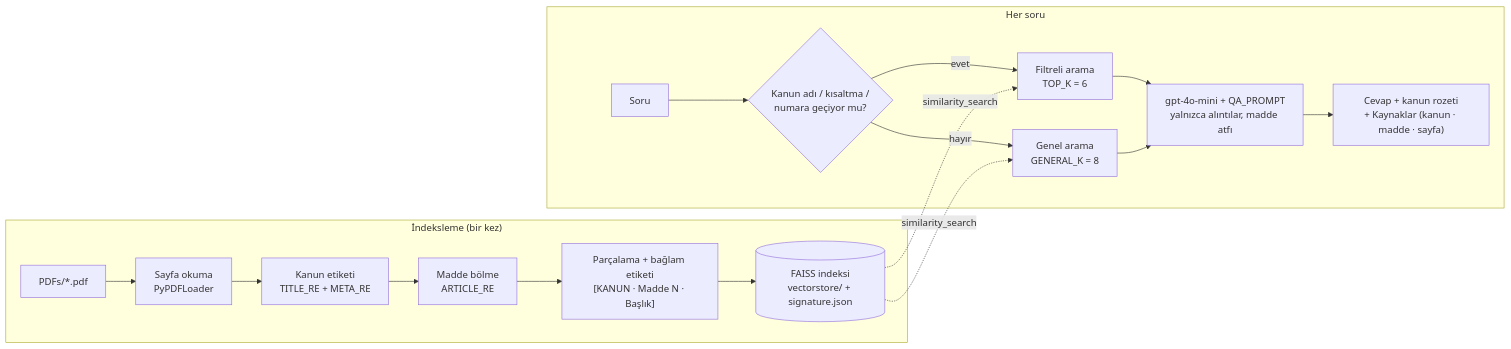
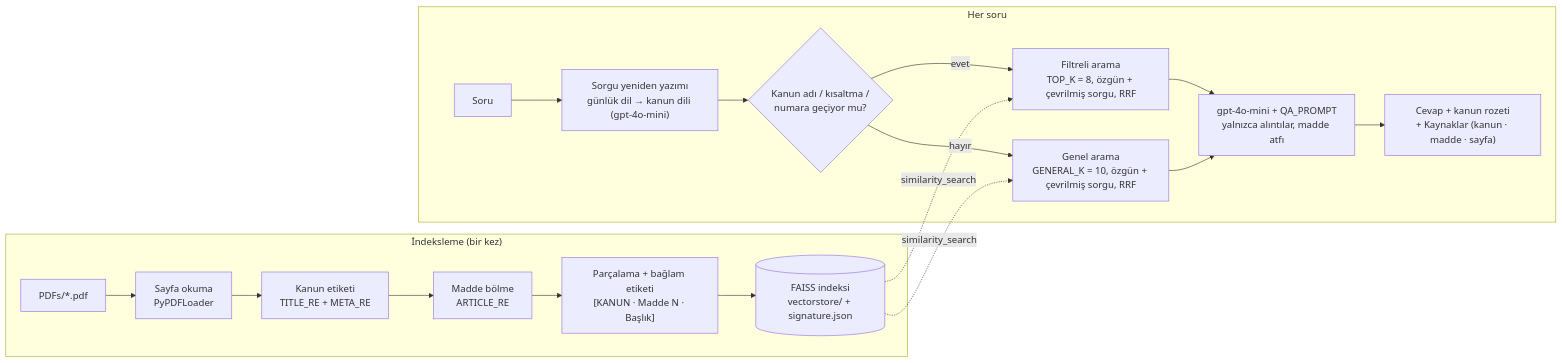
The diagram in README.md (FTonka/HukukAsistanChatbot), drawn with Mermaid before and after one commit. The commit also changed other lines of this file and 11 other files, not shown here.

First line of the commit message:
Gercek mevzuat PDF'leri, sorgu yeniden yazimi ve parca boyutu ayari

````diff
--- a/README.md
+++ b/README.md
@@ -21,20 +22,21 @@
 ```mermaid
 flowchart LR
   subgraph IDX["İndeksleme (bir kez)"]
     A["PDFs/*.pdf"] --> B["Sayfa okuma<br/>PyPDFLoader"]
     B --> C["Kanun etiketi<br/>TITLE_RE + META_RE"]
     C --> D["Madde bölme<br/>ARTICLE_RE"]
     D --> E["Parçalama + bağlam etiketi<br/>[KANUN · Madde N · Başlık]"]
     E --> F[("FAISS indeksi<br/>vectorstore/ + signature.json")]
   end
   subgraph Q["Her soru"]
-    S["Soru"] --> R{"Kanun adı / kısaltma /<br/>numara geçiyor mu?"}
-    R -- evet --> T["Filtreli arama<br/>TOP_K = 6"]
-    R -- hayır --> U["Genel arama<br/>GENERAL_K = 8"]
+    S["Soru"] --> RW["Sorgu yeniden yazımı<br/>günlük dil → kanun dili (gpt-4o-mini)"]
+    RW --> R{"Kanun adı / kısaltma /<br/>numara geçiyor mu?"}
+    R -- evet --> T["Filtreli arama<br/>TOP_K = 8, özgün + çevrilmiş sorgu, RRF"]
+    R -- hayır --> U["Genel arama<br/>GENERAL_K = 10, özgün + çevrilmiş sorgu, RRF"]
     T --> V["gpt-4o-mini + QA_PROMPT<br/>yalnızca alıntılar, madde atfı"]
     U --> V
     V --> W["Cevap + kanun rozeti<br/>+ Kaynaklar (kanun · madde · sayfa)"]
   end
   F -. similarity_search .-> T
   F -. similarity_search .-> U
 ```
````
